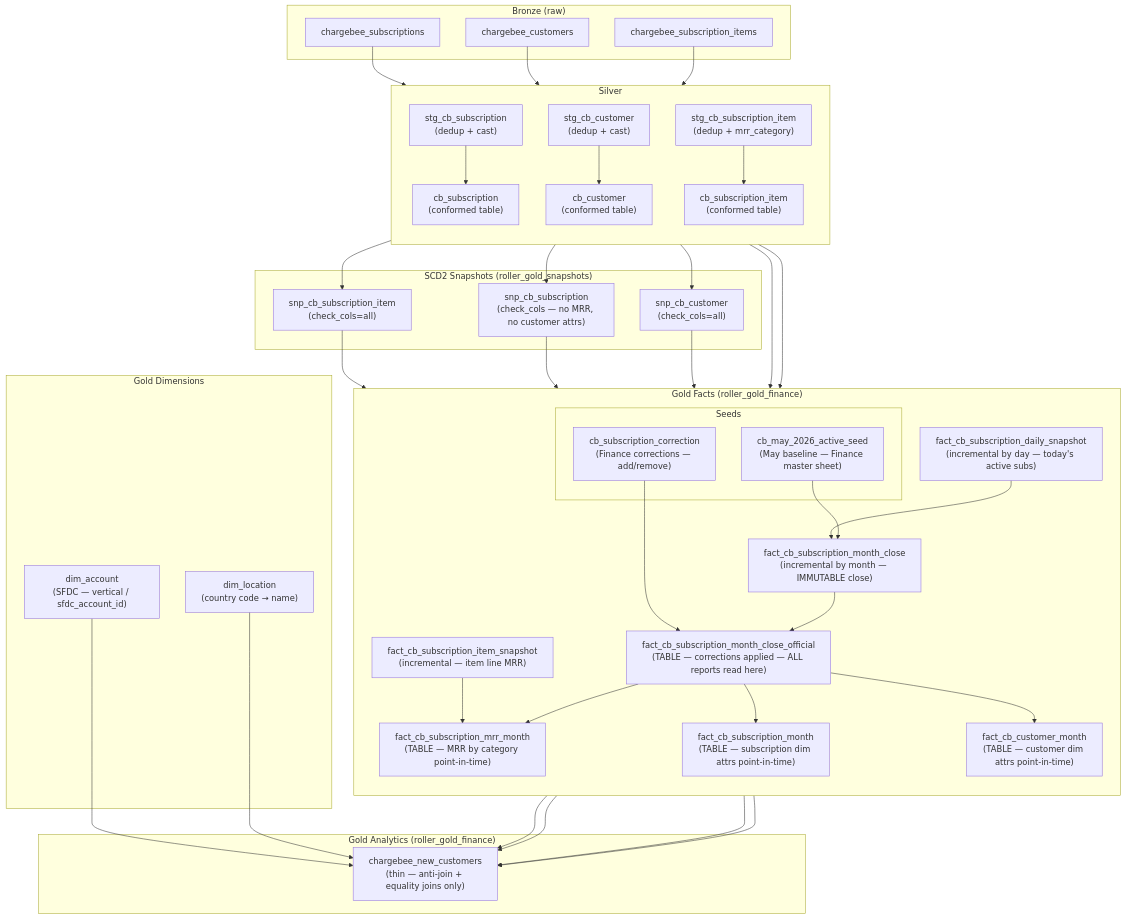
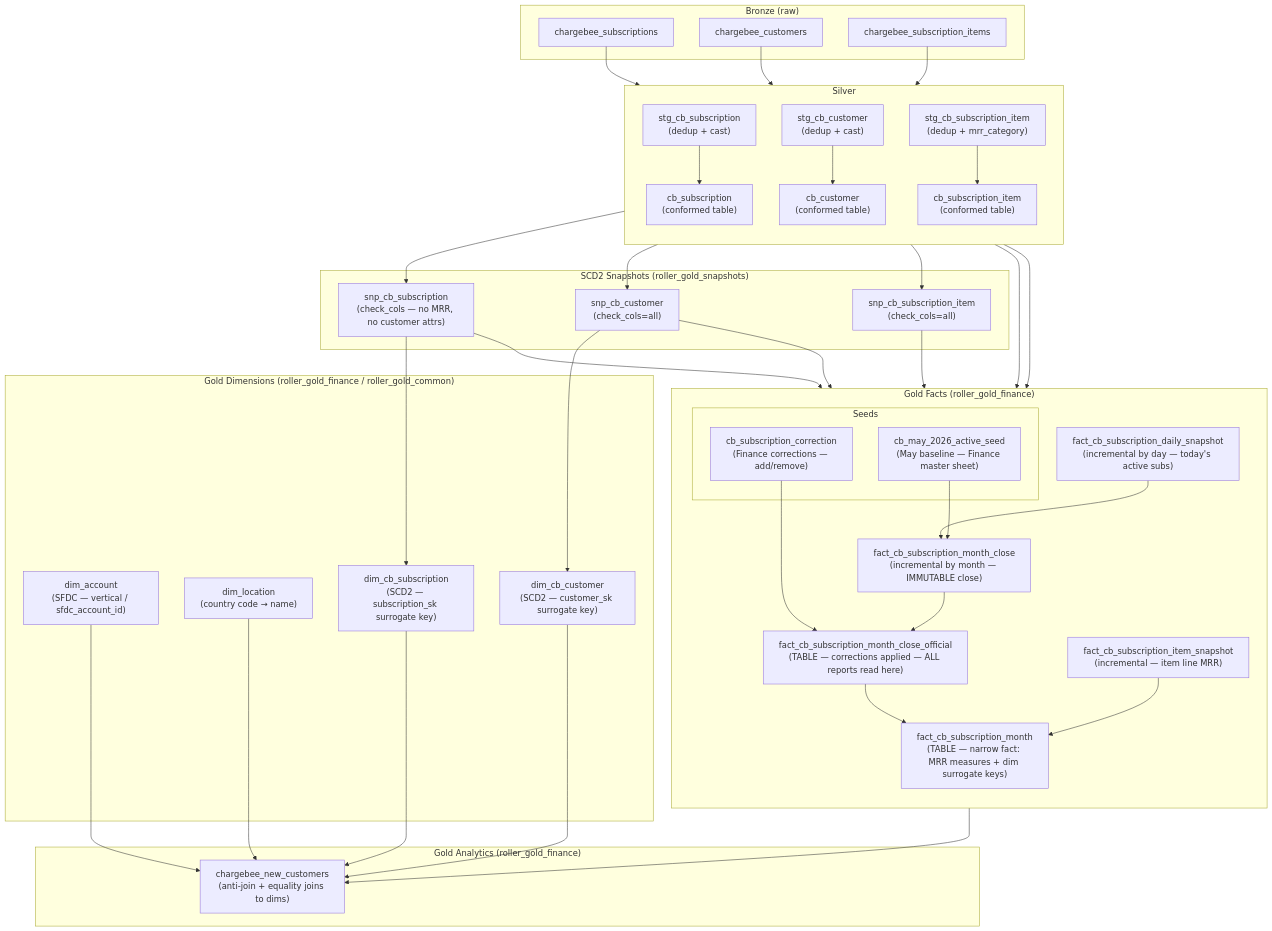
The first of 3 diagrams in EDP-147-chargebee-architecture.md (rolliyer/test-github-actions), drawn with Mermaid before and after one commit. The commit also changed other lines of this file, not shown here.

````diff
--- a/EDP-147-chargebee-architecture.md
+++ b/EDP-147-chargebee-architecture.md
@@ -51,77 +51,77 @@
 ```mermaid
 flowchart TD
     subgraph BRONZE["Bronze (raw)"]
         B1[chargebee_subscriptions]
         B2[chargebee_customers]
         B3[chargebee_subscription_items]
     end
 
     subgraph SILVER["Silver"]
         direction TB
         S1["stg_cb_subscription\n(dedup + cast)"]
         S2["stg_cb_customer\n(dedup + cast)"]
         S3["stg_cb_subscription_item\n(dedup + mrr_category)"]
         C1["cb_subscription\n(conformed table)"]
         C2["cb_customer\n(conformed table)"]
         C3["cb_subscription_item\n(conformed table)"]
     end
 
     subgraph SNAPSHOTS["SCD2 Snapshots (roller_gold_snapshots)"]
         SN1["snp_cb_subscription\n(check_cols — no MRR, no customer attrs)"]
         SN2["snp_cb_customer\n(check_cols=all)"]
         SN3["snp_cb_subscription_item\n(check_cols=all)"]
     end
 
+    subgraph DIMS["Gold Dimensions (roller_gold_finance / roller_gold_common)"]
+        D1["dim_account\n(SFDC — vertical / sfdc_account_id)"]
+        D2["dim_location\n(country code → name)"]
+        D3["dim_cb_subscription\n(SCD2 — subscription_sk surrogate key)"]
+        D4["dim_cb_customer\n(SCD2 — customer_sk surrogate key)"]
+    end
+
     subgraph GOLD_FACTS["Gold Facts (roller_gold_finance)"]
         direction TB
         F0["fact_cb_subscription_item_snapshot\n(incremental — item line MRR)"]
         F1["fact_cb_subscription_daily_snapshot\n(incremental by day — today's active subs)"]
         F2["fact_cb_subscription_month_close\n(incremental by month — IMMUTABLE close)"]
 
         subgraph SEED_LAYER["Seeds"]
             SD1["cb_may_2026_active_seed\n(May baseline — Finance master sheet)"]
             SD2["cb_subscription_correction\n(Finance corrections — add/remove)"]
         end
 
         F3["fact_cb_subscription_month_close_official\n(TABLE — corrections applied — ALL reports read here)"]
-        F4["fact_cb_subscription_month\n(TABLE — subscription dim attrs point-in-time)"]
-        F5["fact_cb_customer_month\n(TABLE — customer dim attrs point-in-time)"]
-        F6["fact_cb_subscription_mrr_month\n(TABLE — MRR by category point-in-time)"]
-    end
-
-    subgraph DIMS["Gold Dimensions"]
-        D1["dim_account\n(SFDC — vertical / sfdc_account_id)"]
-        D2["dim_location\n(country code → name)"]
+        FM["fact_cb_subscription_month\n(TABLE — narrow fact: MRR measures + dim surrogate keys)"]
     end
 
     subgraph ANALYTICS["Gold Analytics (roller_gold_finance)"]
-        A1["chargebee_new_customers\n(thin — anti-join + equality joins only)"]
+        A1["chargebee_new_customers\n(anti-join + equality joins to dims)"]
     end
 
     B1 --> S1 --> C1 --> SN1
     B2 --> S2 --> C2 --> SN2
     B3 --> S3 --> C3 --> SN3
+
+    SN1 --> D3
+    SN2 --> D4
 
     C1 --> F1
     C2 --> F1
     SN3 --> F0
 
     F1 --> F2
     SD1 --> F2
     SD2 --> F3
 
     F2 --> F3
-    SN1 --> F4
-    SN2 --> F5
-    F0 --> F6
+    F3 --> FM
+    SN1 --> FM
+    SN2 --> FM
+    F0 --> FM
 
-    F3 --> F4
-    F3 --> F5
-    F3 --> F6
-    F3 --> A1
-    F4 --> A1
-    F5 --> A1
-    F6 --> A1
+    FM --> A1
+    D3 --> A1
+    D4 --> A1
     D1 --> A1
     D2 --> A1
 ```
````
